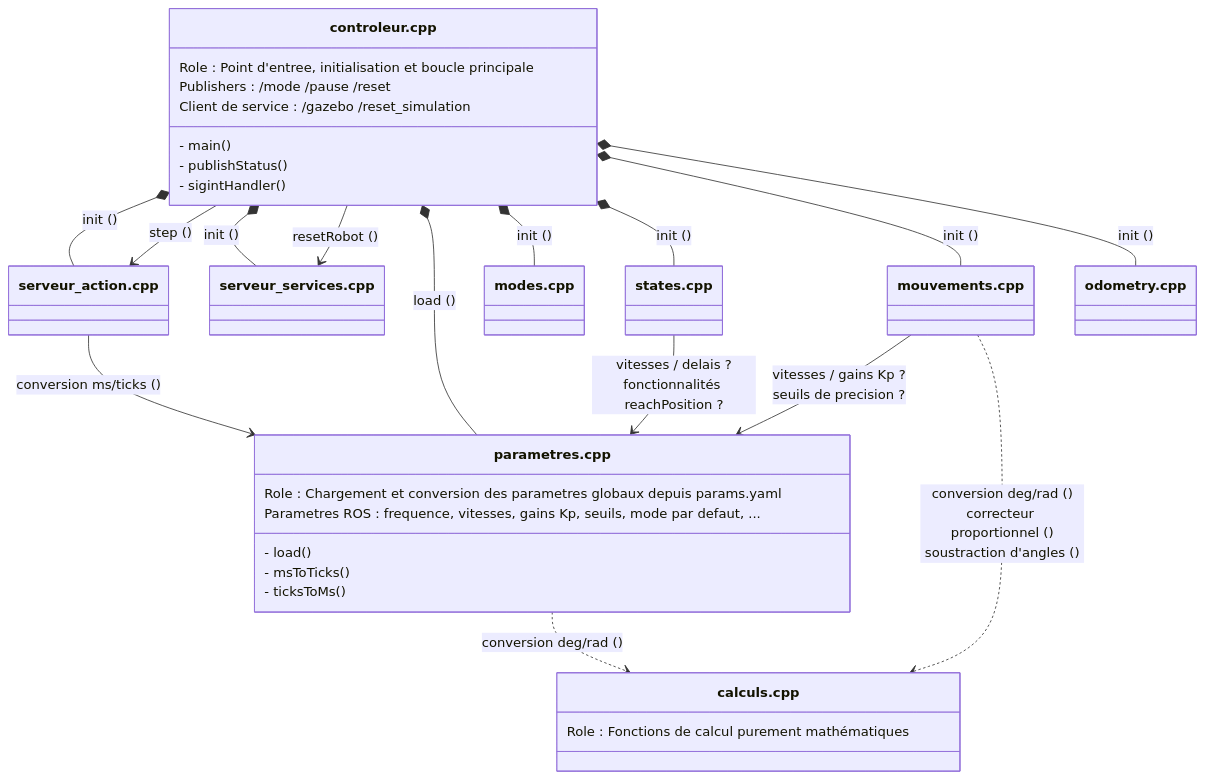
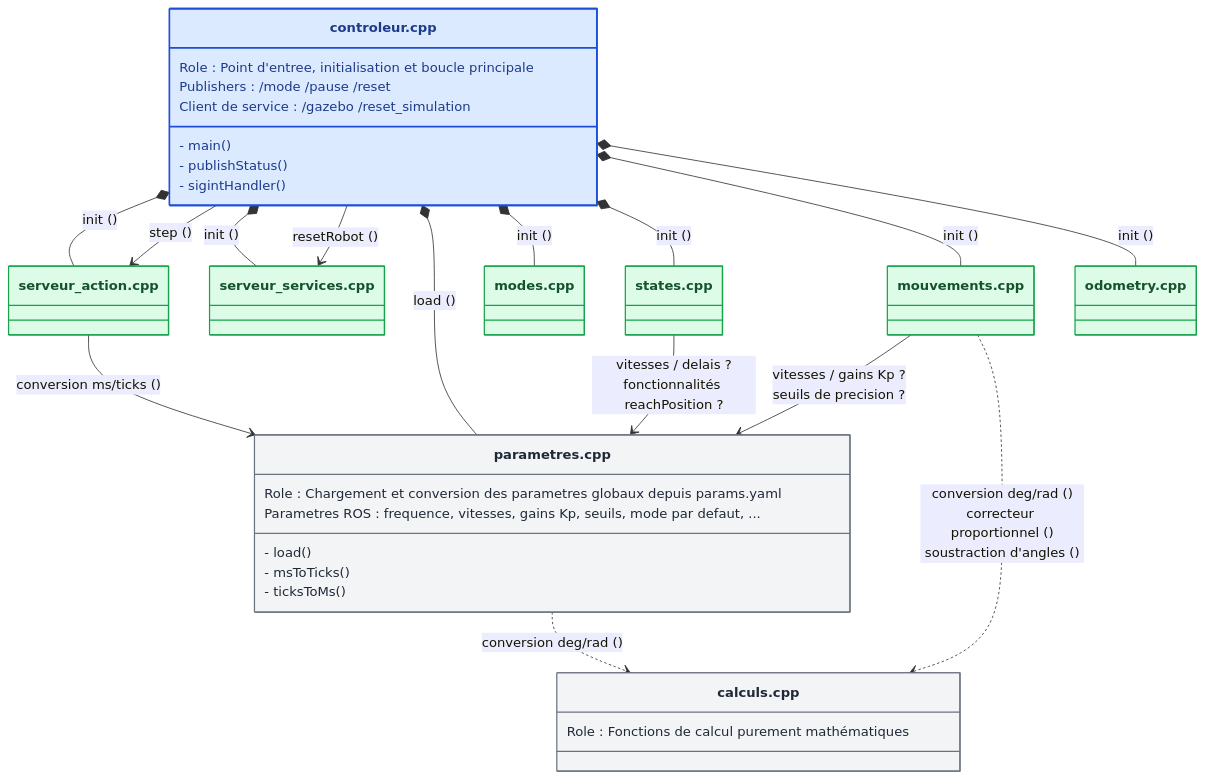
Before and after one commit to benoitdekeyn/E4SE_TD_TP: the second of 7 diagrams in robotique_et_navigation/Rapport/Rapport.md, drawn with Mermaid. The commit also changed other lines of this file and 2 other files, not shown here.

Commit message:
colored zoom diagrams

````diff
--- a/robotique_et_navigation/Rapport/Rapport.md
+++ b/robotique_et_navigation/Rapport/Rapport.md
@@ -93,49 +104,59 @@
 ```mermaid 
 classDiagram
     direction TB
 
     class Controleur["controleur.cpp"] {
         Role : Point d'entree, initialisation et boucle principale
         Publishers : /mode /pause /reset
         Client de service : /gazebo /reset_simulation
         - main()
         - publishStatus()
         - sigintHandler()
     }
 
     class Params["parametres.cpp"] {
         Role : Chargement et conversion des parametres globaux depuis params.yaml
         Parametres ROS : frequence, vitesses, gains Kp, seuils, mode par defaut, ...
         - load() 
         - msToTicks()
         - ticksToMs()
     }
 
     class Calculs["calculs.cpp"] {
         Role : Fonctions de calcul purement mathématiques
 
     }
     class Odometry["odometry.cpp"]
     class Mouvements["mouvements.cpp"]
     class States["states.cpp"]
     class Modes["modes.cpp"]
     class ServeurAction["serveur_action.cpp"]
     class ServeurServices["serveur_services.cpp"]
 
     Controleur *-- ServeurAction : init ()
     Controleur --> ServeurAction : step ()
     Controleur *-- ServeurServices : init ()
     Controleur --> ServeurServices : resetRobot ()
     Controleur *-- Params : load ()
     Controleur *-- Modes : init ()
     Controleur *-- States : init ()
     Controleur *-- Mouvements : init ()
     Controleur *-- Odometry : init ()
 
     Mouvements --> Params : vitesses / gains Kp ?<br/>seuils de precision ?
     ServeurAction --> Params : conversion ms/ticks ()
     States --> Params : vitesses / delais ?<br/>fonctionnalités reachPosition ?
 
     Params ..> Calculs : conversion deg/rad ()
     Mouvements ..> Calculs : conversion deg/rad ()<br/>correcteur proportionnel ()<br/>soustraction d'angles ()
+
+    style Controleur fill:#dbeafe,stroke:#1d4ed8,stroke-width:2px,color:#1e3a8a
+    style Params fill:#f3f4f6,stroke:#6b7280,stroke-width:1.5px,color:#1f2937
+    style Calculs fill:#f3f4f6,stroke:#6b7280,stroke-width:1.5px,color:#1f2937
+    style Odometry fill:#dcfce7,stroke:#16a34a,stroke-width:1.5px,color:#14532d
+    style Mouvements fill:#dcfce7,stroke:#16a34a,stroke-width:1.5px,color:#14532d
+    style States fill:#dcfce7,stroke:#16a34a,stroke-width:1.5px,color:#14532d
+    style Modes fill:#dcfce7,stroke:#16a34a,stroke-width:1.5px,color:#14532d
+    style ServeurAction fill:#dcfce7,stroke:#16a34a,stroke-width:1.5px,color:#14532d
+    style ServeurServices fill:#dcfce7,stroke:#16a34a,stroke-width:1.5px,color:#14532d
 ```
````
